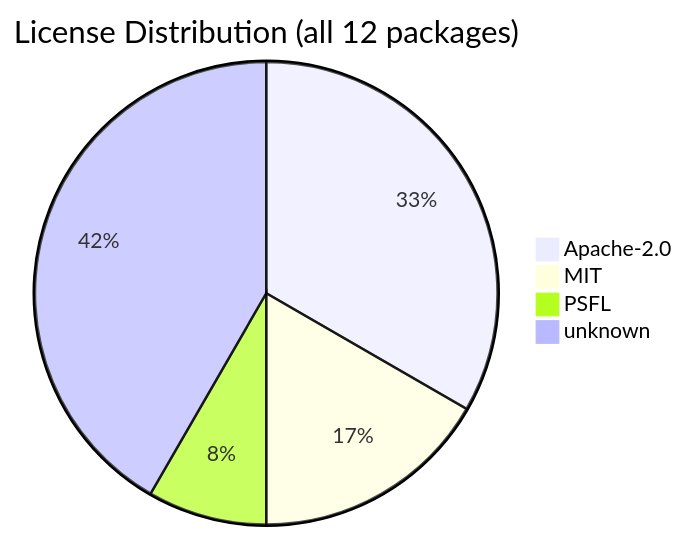
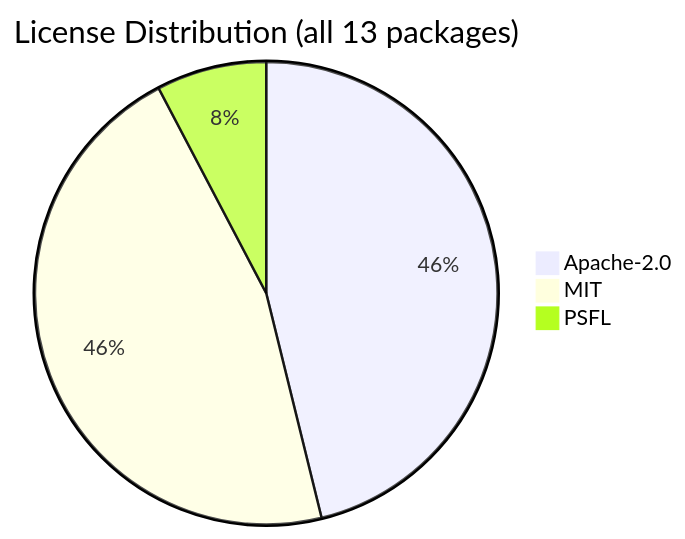
The diagram in .shipwright/compliance/sbom.md (svenroth-ai/shipwright), drawn with Mermaid before and after one commit. The commit also changed other lines of this file and 400 other files, not shown here.

````diff
--- a/.shipwright/compliance/sbom.md
+++ b/.shipwright/compliance/sbom.md
@@ -20,7 +20,6 @@
 ```mermaid
-pie title License Distribution (all 12 packages)
-    "Apache-2.0" : 4
-    "MIT" : 2
+pie title License Distribution (all 13 packages)
+    "Apache-2.0" : 6
+    "MIT" : 6
     "PSFL" : 1
-    "unknown" : 5
 ```
````
